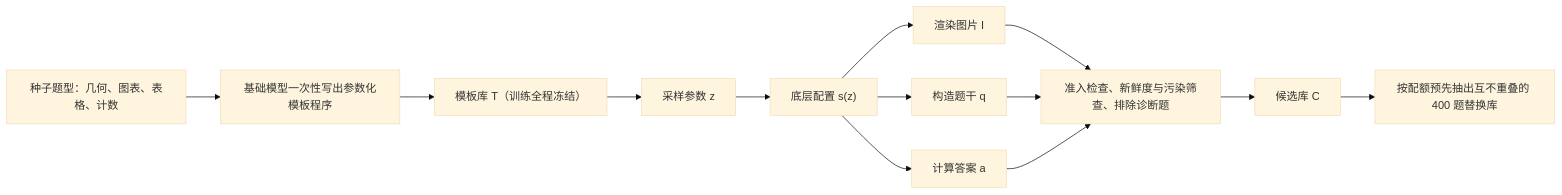
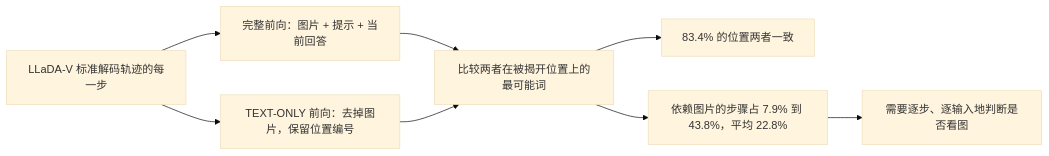
One commit to yingwang/paper-reads changed the second of 4 diagrams in docs/index.md. Above: the diagram before and after it, drawn with Mermaid (base theme). The commit also changed other lines of this file and 2 other files, not shown here.

````diff
--- a/docs/index.md
+++ b/docs/index.md
@@ -124,15 +118,10 @@
 ```mermaid
 flowchart LR
-    T["种子题型：几何、图表、表格、计数"] --> M["基础模型一次性写出参数化模板程序"]
-    M --> L["模板库 T（训练全程冻结）"]
-    L --> Z["采样参数 z"]
-    Z --> C["底层配置 s(z)"]
-    C --> I["渲染图片 I"]
-    C --> Q["构造题干 q"]
-    C --> A["计算答案 a"]
-    I --> V["准入检查、新鲜度与污染筛查、排除诊断题"]
-    Q --> V
-    A --> V
-    V --> P["候选库 C"]
-    P --> D["按配额预先抽出互不重叠的 400 题替换库"]
+    T["LLaDA-V 标准解码轨迹的每一步"] --> F["完整前向：图片 + 提示 + 当前回答"]
+    T --> O["TEXT-ONLY 前向：去掉图片，保留位置编号"]
+    F --> CMP["比较两者在被揭开位置上的最可能词"]
+    O --> CMP
+    CMP --> R1["83.4% 的位置两者一致"]
+    CMP --> R2["依赖图片的步骤占 7.9% 到 43.8%，平均 22.8%"]
+    R2 --> NEED["需要逐步、逐输入地判断是否看图"]
 ```
````
